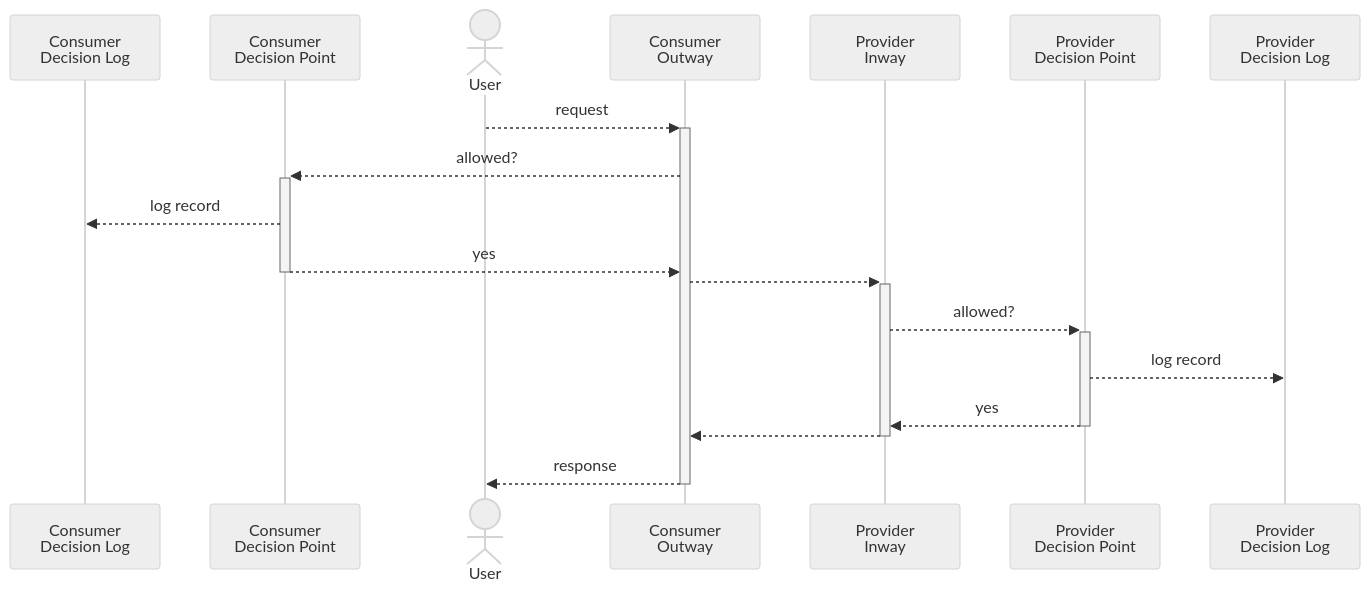
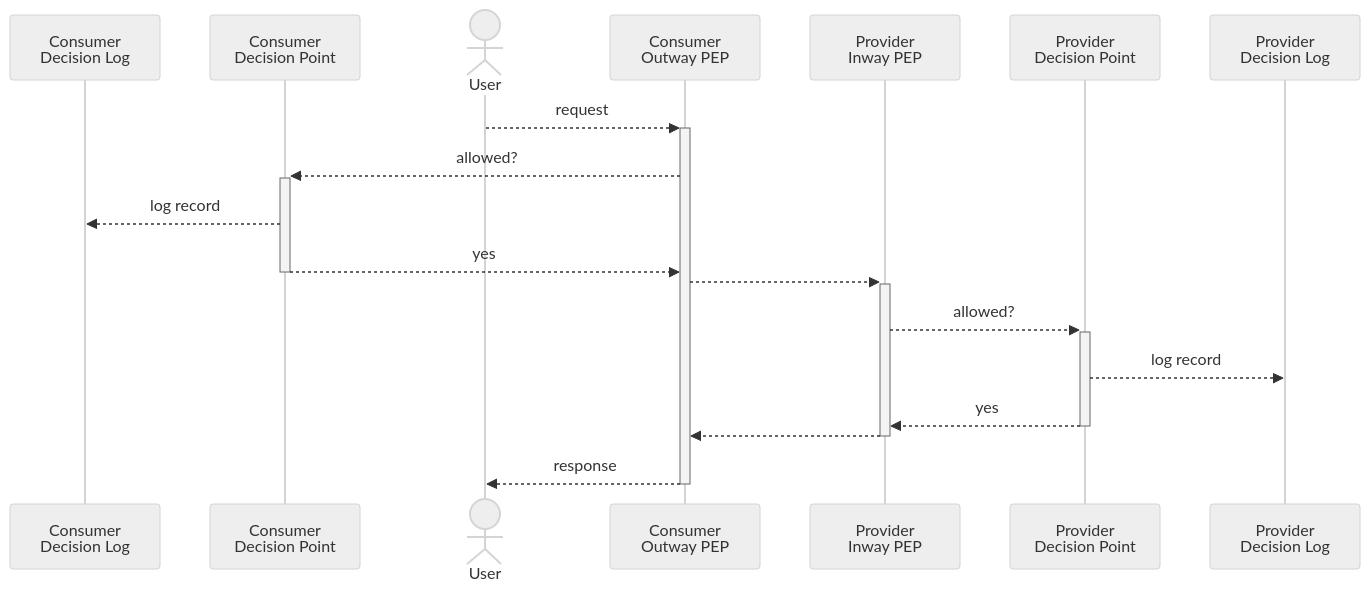
Before and after one commit to VNG-Realisatie/authorization-decision-log: the diagram in images/federated-logging.mmd, drawn with Mermaid (neutral theme). The commit also changed 8 other files, not shown here.

```diff
--- a/images/federated-logging.mmd
+++ b/images/federated-logging.mmd
@@ -1,18 +1,18 @@
 sequenceDiagram
     participant ConsumerADL as Consumer<br/>Decision Log
     participant ConsumerPDP as Consumer<br/>Decision Point
     actor User
-    participant Consumer as Consumer<br/>Outway
-    participant Provider as Provider<br/>Inway
+    participant Consumer as Consumer<br/>Outway PEP
+    participant Provider as Provider<br/>Inway PEP
     participant ProviderPDP as Provider<br/>Decision Point
     participant ProviderADL as Provider<br/>Decision Log
     User-->>+Consumer: request
     Consumer-->>+ConsumerPDP:allowed?
     ConsumerPDP-->>ConsumerADL:log record
     ConsumerPDP-->>-Consumer:yes
     Consumer-->>+Provider: 
     Provider-->>+ProviderPDP: allowed?
     ProviderPDP-->>ProviderADL:log record
     ProviderPDP-->>-Provider: yes
     Provider-->>-Consumer: 
     Consumer-->>-User: response
```
